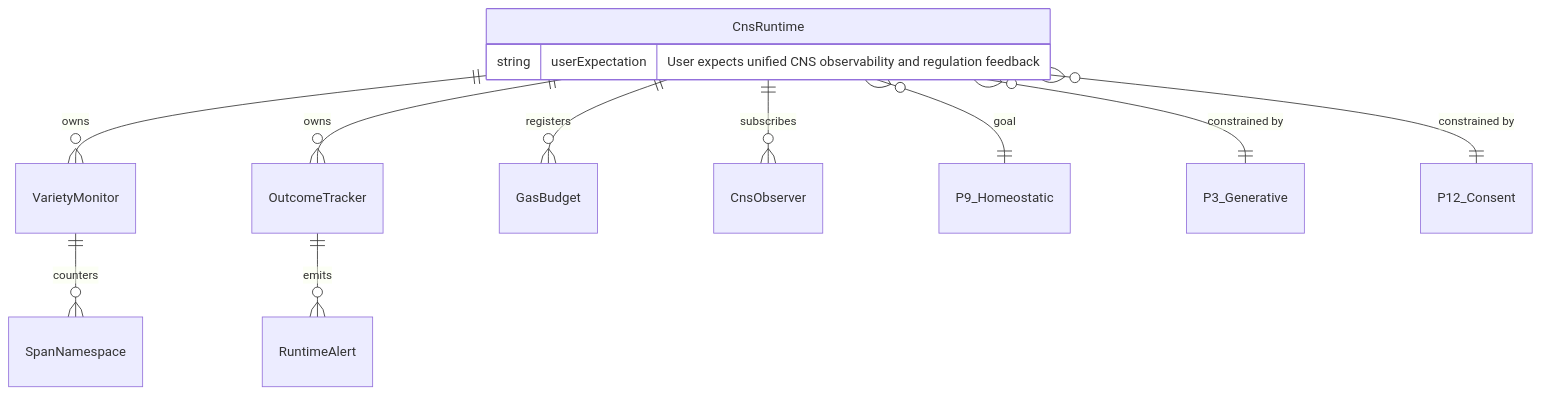
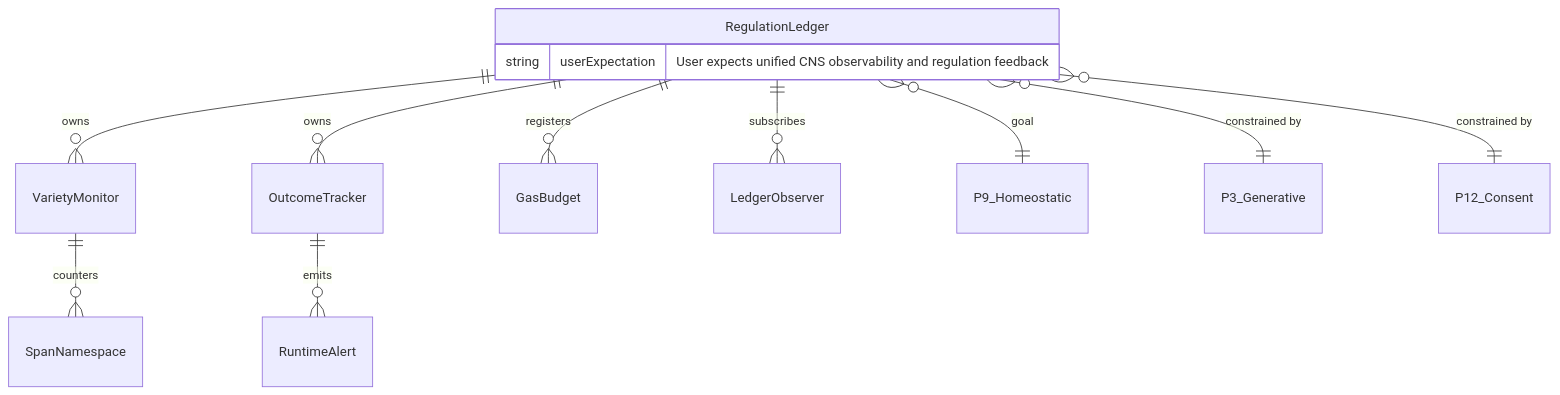
One commit to mdz-axo/hKask changed the fifth of 14 diagrams in docs/architecture/core/FUNCTIONAL_SPECIFICATION.md. Above: the diagram before and after it, drawn with Mermaid. The commit also changed other lines of this file and 35 other files, not shown here.

First line of the commit message:
document update - name change cns to regulationRename CNS types to regulation terminology in docs

````diff
--- a/docs/architecture/core/FUNCTIONAL_SPECIFICATION.md
+++ b/docs/architecture/core/FUNCTIONAL_SPECIFICATION.md
@@ -426,15 +426,15 @@
 ```mermaid
 erDiagram
-    CnsRuntime ||--o{ VarietyMonitor : "owns"
-    CnsRuntime ||--o{ OutcomeTracker : "owns"
-    CnsRuntime ||--o{ GasBudget : "registers"
-    CnsRuntime ||--o{ CnsObserver : "subscribes"
+    RegulationLedger ||--o{ VarietyMonitor : "owns"
+    RegulationLedger ||--o{ OutcomeTracker : "owns"
+    RegulationLedger ||--o{ GasBudget : "registers"
+    RegulationLedger ||--o{ LedgerObserver : "subscribes"
     VarietyMonitor ||--o{ SpanNamespace : "counters"
     OutcomeTracker ||--o{ RuntimeAlert : "emits"
-    CnsRuntime }o--|| P9_Homeostatic : "goal"
-    CnsRuntime }o--|| P3_Generative : "constrained by"
-    CnsRuntime }o--|| P12_Consent : "constrained by"
-    CnsRuntime {
+    RegulationLedger }o--|| P9_Homeostatic : "goal"
+    RegulationLedger }o--|| P3_Generative : "constrained by"
+    RegulationLedger }o--|| P12_Consent : "constrained by"
+    RegulationLedger {
         string userExpectation "User expects unified CNS observability and regulation feedback"
     }
 ```
````
